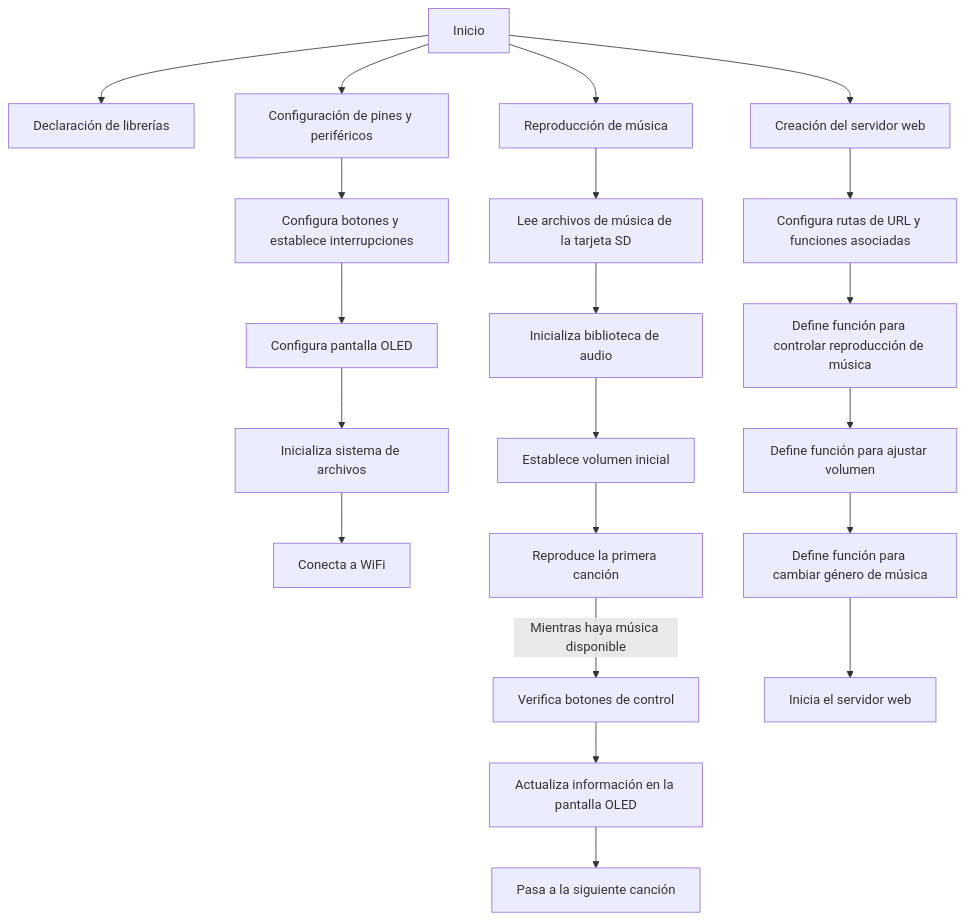
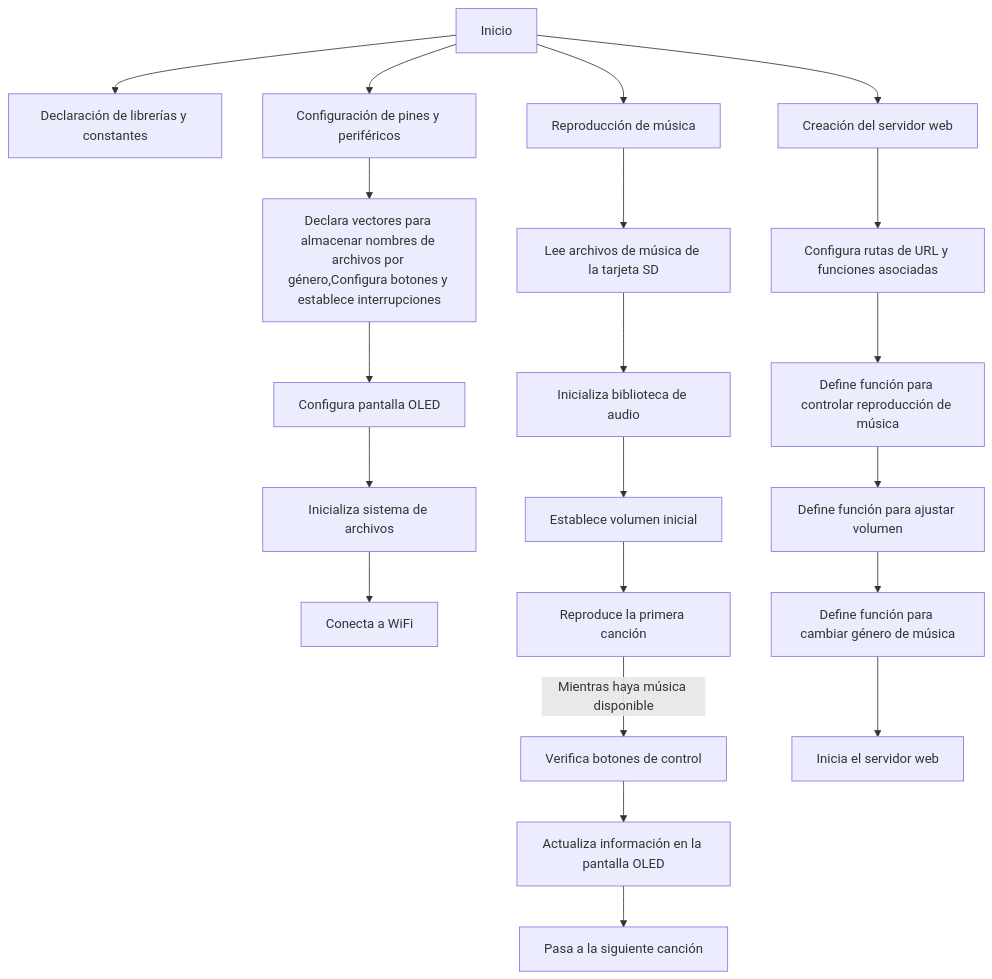
The diagram in README.md (Yagouch/ProcesadoresDigitales), drawn with Mermaid before and after one commit.

````diff
--- a/README.md
+++ b/README.md
@@ -1048,27 +1048,27 @@
 ```mermaid
 flowchart TD;
-    A[Inicio] --> B[Declaración de librerías];
+    A[Inicio] --> B[Declaración de librerías y constantes];
     
     A -->C[Configuración de pines y periféricos];
-    C-->D[Configura botones y establece interrupciones];
+    C-->D[Declara vectores para almacenar nombres de archivos por género,Configura botones y establece interrupciones];
     D -->E[Configura pantalla OLED];
     E-->F[Inicializa sistema de archivos];
     F -->G[Conecta a WiFi];
     
     A -->H[Reproducción de  música];
     H--> I[Lee archivos de música de la tarjeta SD];
     I -->J[Inicializa biblioteca de audio];
     J -->K[Establece volumen inicial];
     K -->L[Reproduce la primera canción];
     L -->|Mientras haya música disponible| M[Verifica botones de control];
     M-->N[Actualiza información en la pantalla OLED];
     N -->O[Pasa a la siguiente canción];
     
     A -->P[Creación del servidor web];
     P -->Q[Configura rutas de URL y funciones asociadas];
     Q -->R[Define función para controlar reproducción de música];
     R -->S[Define función para ajustar volumen];
     S -->T[Define función para cambiar género de música];
     T -->V[Inicia el servidor web];
     
 ```
````
